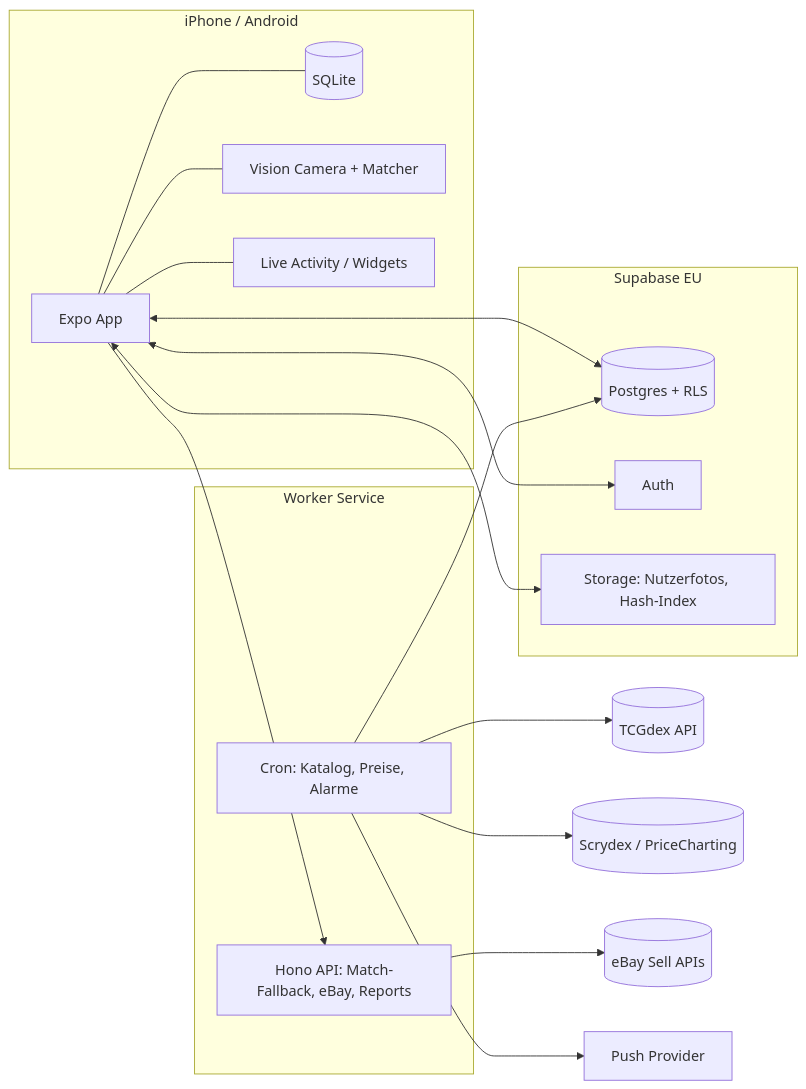
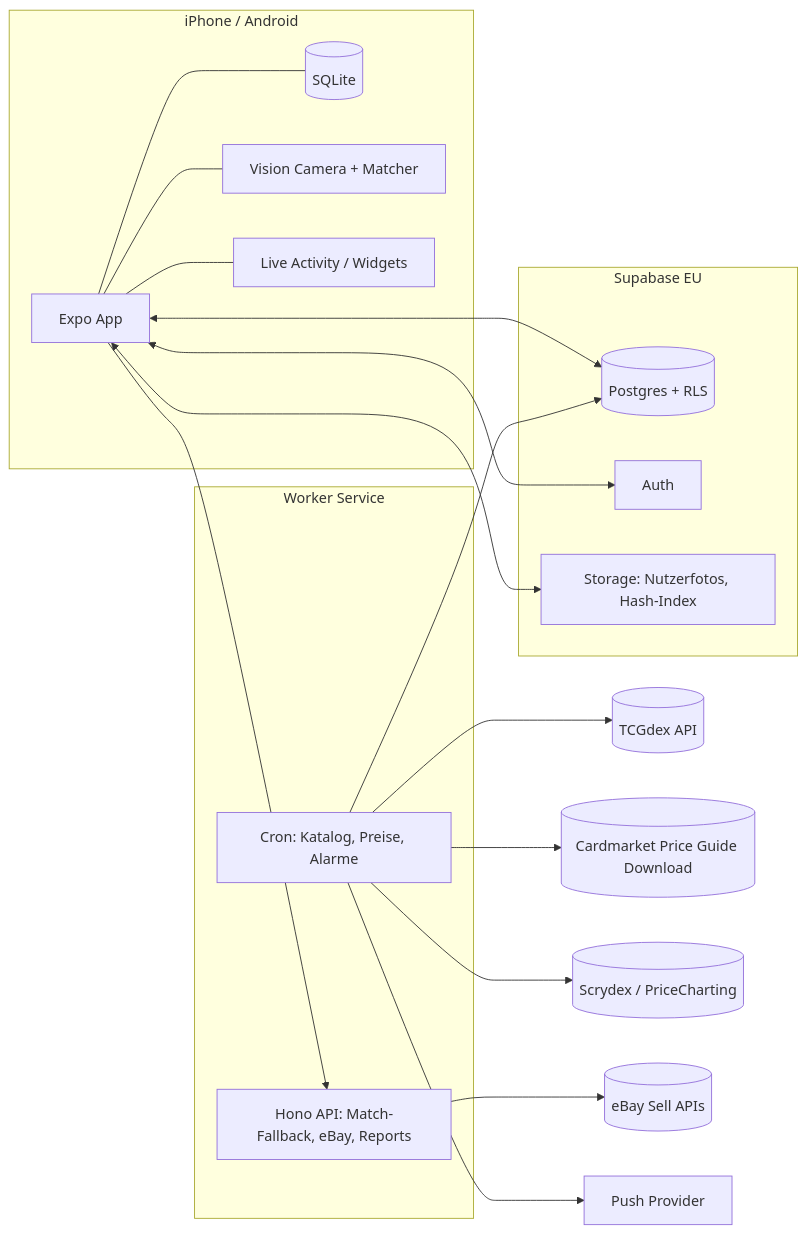
The diagram in docs/03-architecture.md (yesriskk/yesriskk), drawn with Mermaid before and after one commit. The commit also changed other lines of this file and 4 other files, not shown here.

First line of the commit message:
docs: Cardmarket Price-Guide-Download als primäre EUR-Preisquelle einplanen

````diff
--- a/docs/03-architecture.md
+++ b/docs/03-architecture.md
@@ -40,33 +40,35 @@
 ```mermaid
 flowchart LR
   subgraph Device[iPhone / Android]
     App[Expo App]
     LocalDB[(SQLite)]
     Cam[Vision Camera + Matcher]
     LA[Live Activity / Widgets]
     App --- LocalDB
     App --- Cam
     App --- LA
   end
   subgraph Supabase[Supabase EU]
     PG[(Postgres + RLS)]
     Auth[Auth]
     Store[Storage: Nutzerfotos, Hash-Index]
   end
   subgraph Worker[Worker Service]
     Cron[Cron: Katalog, Preise, Alarme]
     HTTP[Hono API: Match-Fallback, eBay, Reports]
   end
   TCGdex[(TCGdex API)]
+  CM[(Cardmarket Price Guide Download)]
   Graded[(Scrydex / PriceCharting)]
   eBay[(eBay Sell APIs)]
   App <--> PG
   App <--> Auth
   App <--> Store
   App --> HTTP
   Cron --> TCGdex
+  Cron --> CM
   Cron --> Graded
   Cron --> PG
   HTTP --> eBay
   Cron --> Push[Push Provider]
 ```
````
